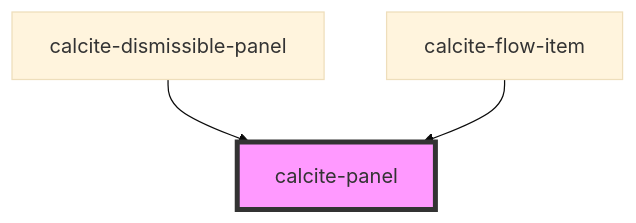
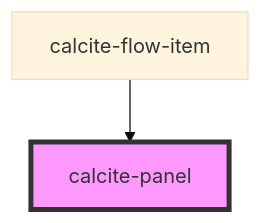
One commit to Esri/calcite-app-components changed the diagram in src/components/calcite-panel/readme.md. Above: the diagram before and after it, drawn with Mermaid (base theme). The commit also changed other lines of this file and 13 other files, not shown here.

Commit message:
remove dismissible panel.

````diff
--- a/src/components/calcite-panel/readme.md
+++ b/src/components/calcite-panel/readme.md
@@ -22,6 +21,5 @@
 ```mermaid
 graph TD;
-  calcite-dismissible-panel --> calcite-panel
   calcite-flow-item --> calcite-panel
   style calcite-panel fill:#f9f,stroke:#333,stroke-width:4px
 ```
````
